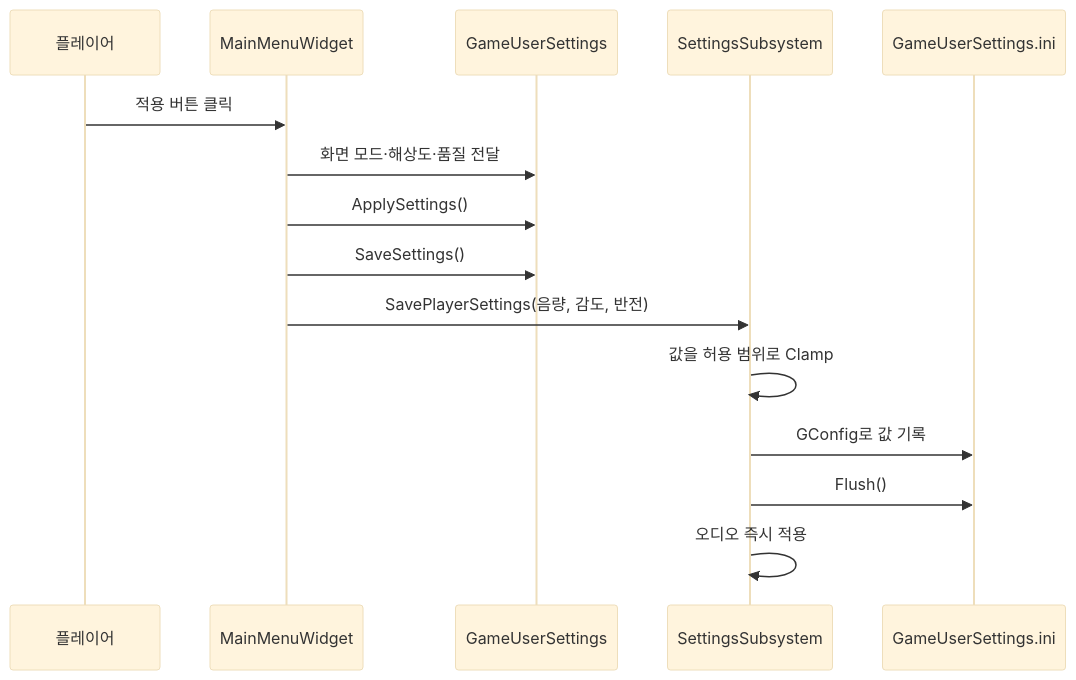
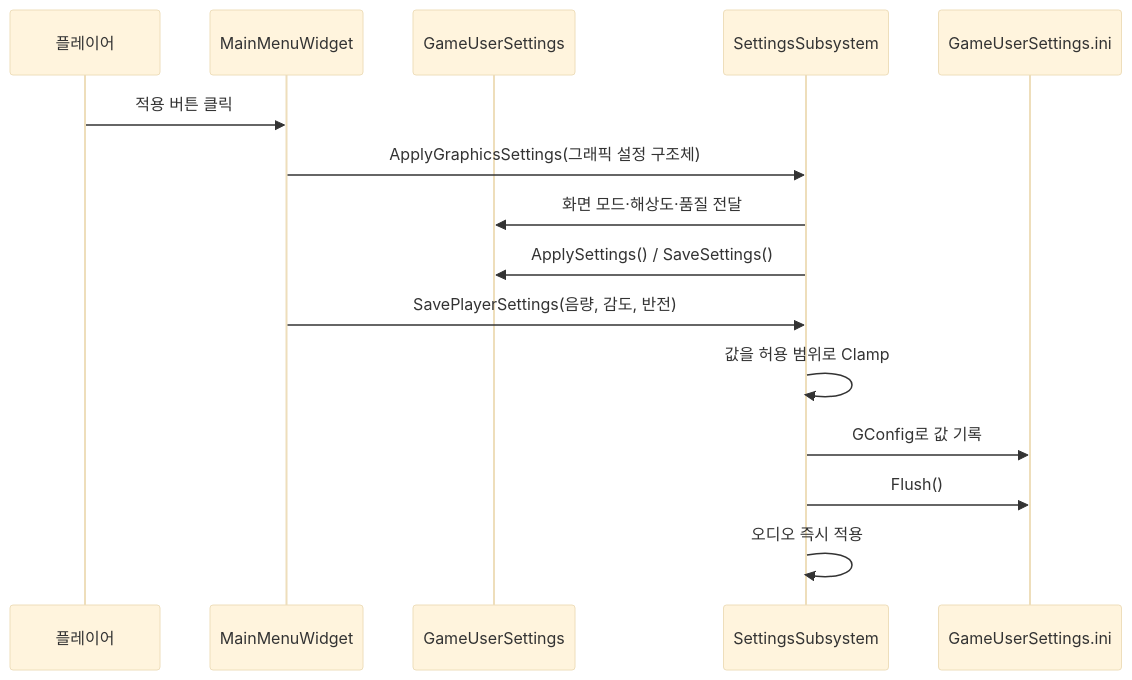
One commit to KCU0216/Casino_Simulator changed the fourth of 6 diagrams in Docs/SettingsSystemGuide.md. Above: the diagram before and after it, drawn with Mermaid (base theme). The commit also changed other lines of this file and 6 other files, not shown here.

````diff
--- a/Docs/SettingsSystemGuide.md
+++ b/Docs/SettingsSystemGuide.md
@@ -191,18 +191,18 @@
 ```mermaid
 sequenceDiagram
     participant Player as 플레이어
     participant UI as MainMenuWidget
     participant GUS as GameUserSettings
     participant SS as SettingsSubsystem
     participant INI as GameUserSettings.ini
 
     Player->>UI: 적용 버튼 클릭
-    UI->>GUS: 화면 모드·해상도·품질 전달
-    UI->>GUS: ApplySettings()
-    UI->>GUS: SaveSettings()
+    UI->>SS: ApplyGraphicsSettings(그래픽 설정 구조체)
+    SS->>GUS: 화면 모드·해상도·품질 전달
+    SS->>GUS: ApplySettings() / SaveSettings()
     UI->>SS: SavePlayerSettings(음량, 감도, 반전)
     SS->>SS: 값을 허용 범위로 Clamp
     SS->>INI: GConfig로 값 기록
     SS->>INI: Flush()
     SS->>SS: 오디오 즉시 적용
 ```
````
